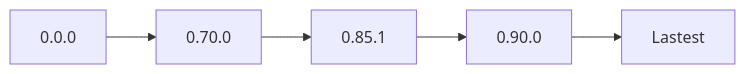
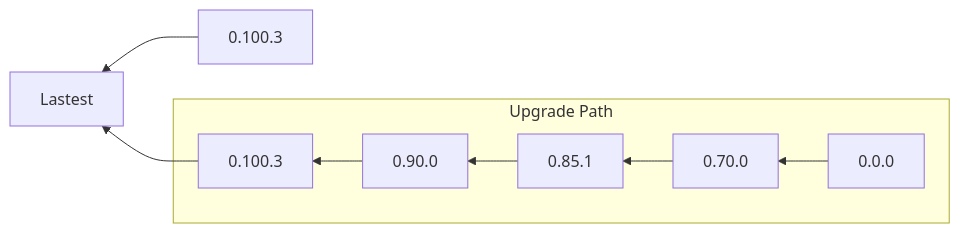
Before and after one commit to zmjack/NStandard: the diagram in README.md, drawn with Mermaid. The commit also changed other lines of this file and 72 other files, not shown here.

````diff
--- a/README.md
+++ b/README.md
@@ -48,4 +48,8 @@
 ```mermaid
-graph LR
-0.0.0 --> 0.70.0 --> 0.85.1 --> 0.90.0 --> Lastest
+graph RL
+0.100.3 --> Lastest
+0.100.3L --> Lastest
+subgraph Upgrade Path
+0.0.0 --> 0.70.0 --> 0.85.1 --> 0.90.0 --> 0.100.3L[0.100.3]
+end
 ```
````
